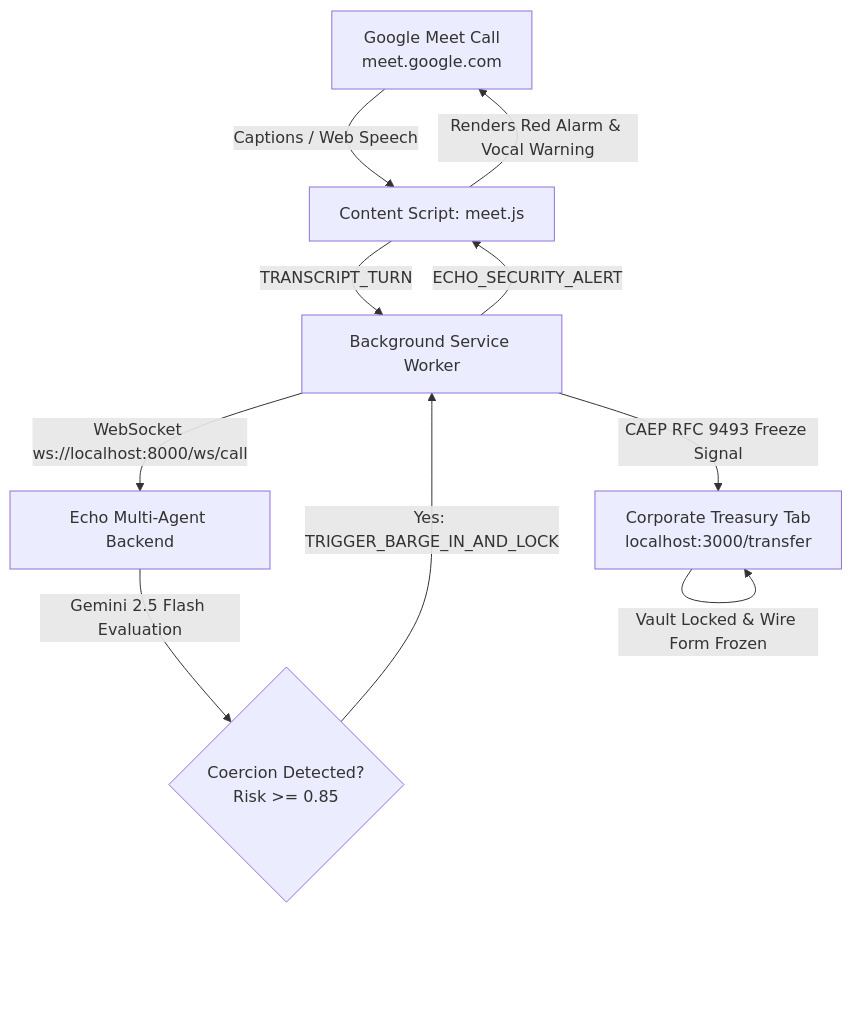
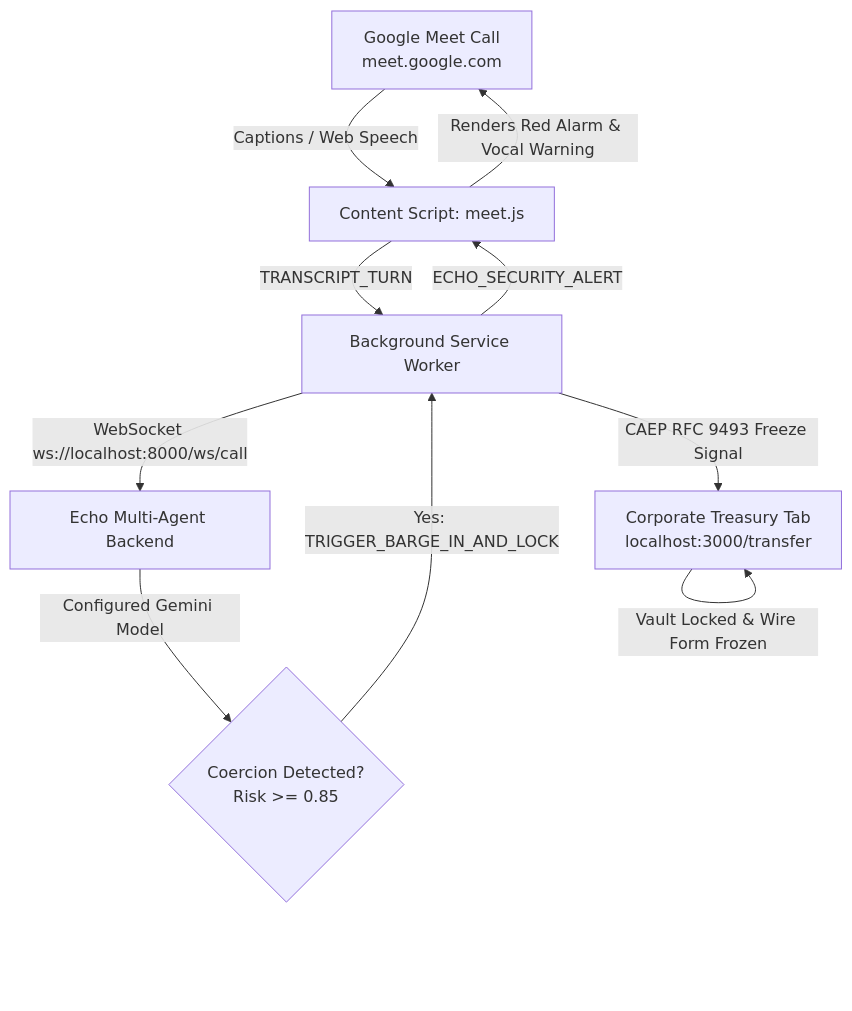
One commit to uyenpham139/Google-AI-Builder-Cup-2026 changed the diagram in extension/README.md. Above: the diagram before and after it, drawn with Mermaid. The commit also changed other lines of this file and 13 other files, not shown here.

````diff
--- a/extension/README.md
+++ b/extension/README.md
@@ -70,12 +70,12 @@
 ```mermaid
 graph TD
     A[Google Meet Call<br/>meet.google.com] -->|Captions / Web Speech| B[Content Script: meet.js]
     B -->|TRANSCRIPT_TURN| C[Background Service Worker]
     C -->|WebSocket ws://localhost:8000/ws/call| D[Echo Multi-Agent Backend]
-    D -->|Gemini 2.5 Flash Evaluation| E{Coercion Detected?<br/>Risk >= 0.85}
+    D -->|Configured Gemini Model| E{Coercion Detected?<br/>Risk >= 0.85}
     E -->|Yes: TRIGGER_BARGE_IN_AND_LOCK| C
     C -->|ECHO_SECURITY_ALERT| B
     B -->|Renders Red Alarm & Vocal Warning| A
     C -->|CAEP RFC 9493 Freeze Signal| F[Corporate Treasury Tab<br/>localhost:3000/transfer]
     F -->|Vault Locked & Wire Form Frozen| F
 ```
````
